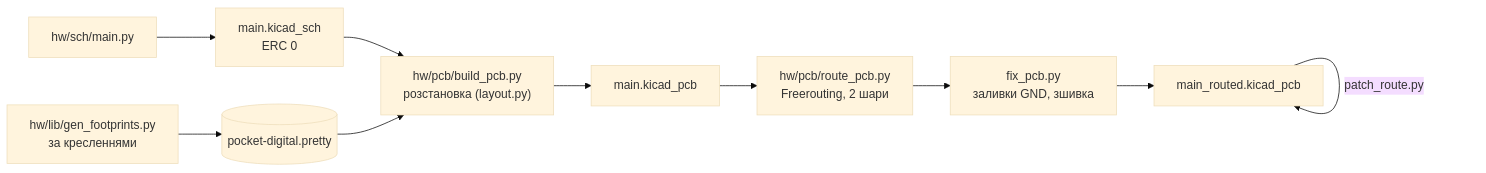
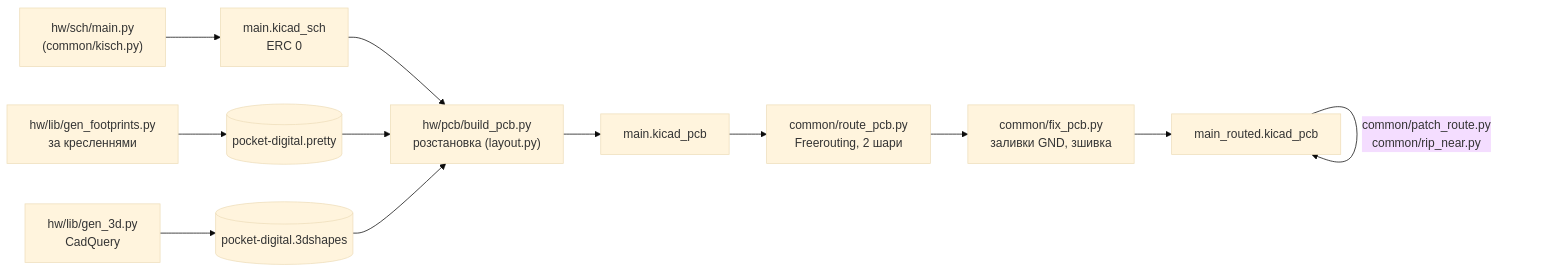
Before and after one commit to heartpolik/hardware-pocket-mixer: the diagram in digital-mixer/docs/04-pcb.md, drawn with Mermaid (base theme). The commit also changed other lines of this file and 48 other files, not shown here.

````diff
--- a/digital-mixer/docs/04-pcb.md
+++ b/digital-mixer/docs/04-pcb.md
@@ -10,12 +12,14 @@
 ```mermaid
 flowchart LR
-    SCH["hw/sch/main.py"] --> S1["main.kicad_sch<br/>ERC 0"]
+    SCH["hw/sch/main.py<br/>(common/kisch.py)"] --> S1["main.kicad_sch<br/>ERC 0"]
     LIB["hw/lib/gen_footprints.py<br/>за кресленнями"] --> FP[("pocket-digital.pretty")]
+    G3["hw/lib/gen_3d.py<br/>CadQuery"] --> M3[("pocket-digital.3dshapes")]
     S1 --> B["hw/pcb/build_pcb.py<br/>розстановка (layout.py)"]
     FP --> B
+    M3 --> B
     B --> P1["main.kicad_pcb"]
-    P1 --> R["hw/pcb/route_pcb.py<br/>Freerouting, 2 шари"]
-    R --> F["fix_pcb.py<br/>заливки GND, зшивка"]
+    P1 --> R["common/route_pcb.py<br/>Freerouting, 2 шари"]
+    R --> F["common/fix_pcb.py<br/>заливки GND, зшивка"]
     F --> P2["main_routed.kicad_pcb"]
-    P2 -->|"patch_route.py"| P2
+    P2 -->|"common/patch_route.py<br/>common/rip_near.py"| P2
 ```
````
